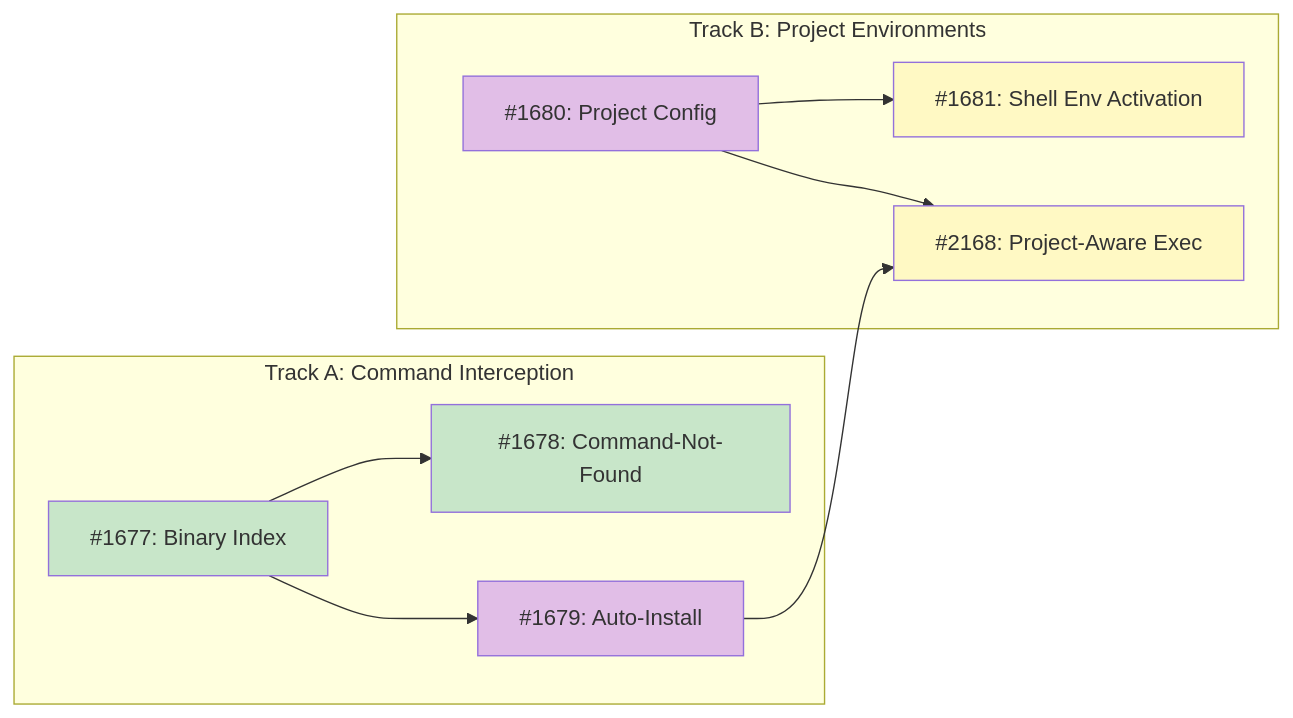
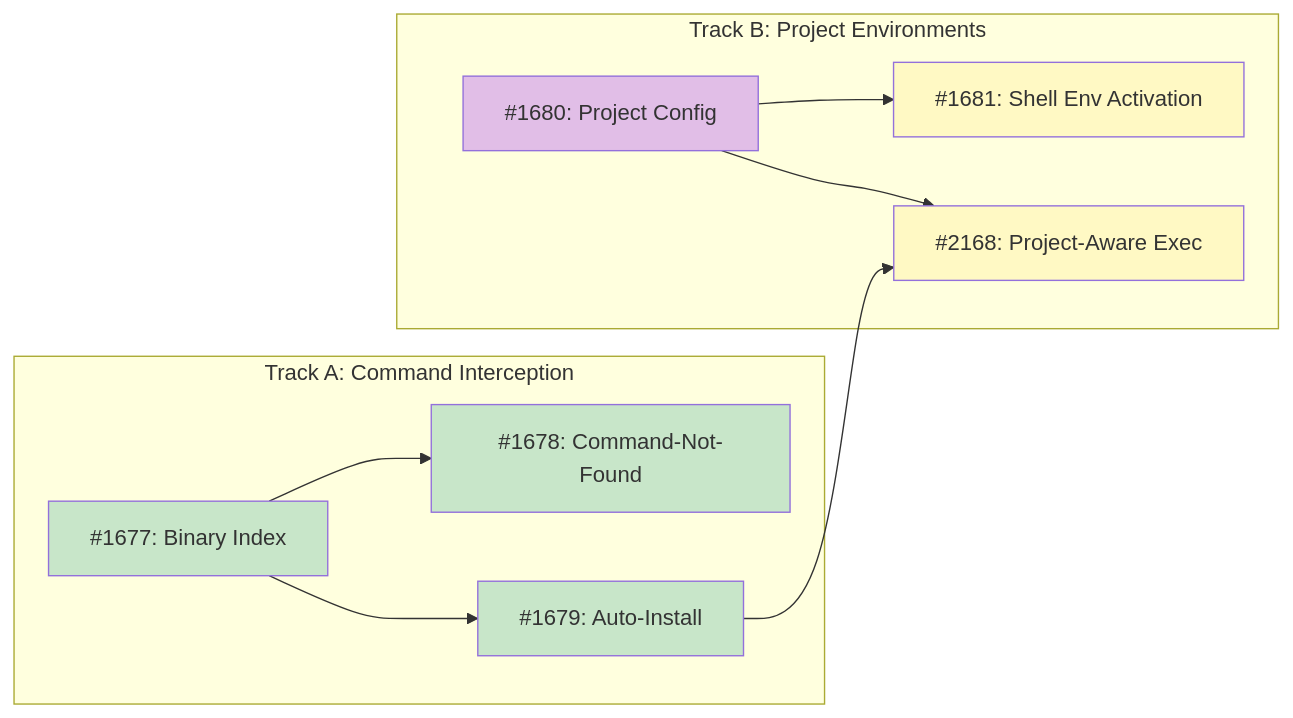
One commit to tsukumogami/tsuku changed the diagram in docs/designs/DESIGN-shell-integration-building-blocks.md. Above: the diagram before and after it, drawn with Mermaid. The commit also changed other lines of this file, not shown here.

Commit message:
docs(design): mark #1679 (auto-install) as done in parent design

````diff
--- a/docs/designs/DESIGN-shell-integration-building-blocks.md
+++ b/docs/designs/DESIGN-shell-integration-building-blocks.md
@@ -38,31 +38,31 @@
 ```mermaid
 graph LR
     subgraph TrackA["Track A: Command Interception"]
         I1677["#1677: Binary Index"]
         I1678["#1678: Command-Not-Found"]
         I1679["#1679: Auto-Install"]
     end
 
     subgraph TrackB["Track B: Project Environments"]
         I1680["#1680: Project Config"]
         I1681["#1681: Shell Env Activation"]
         I2168["#2168: Project-Aware Exec"]
     end
 
     I1677 --> I1678
     I1677 --> I1679
     I1680 --> I1681
     I1679 --> I2168
     I1680 --> I2168
 
     classDef done fill:#c8e6c9
     classDef ready fill:#bbdefb
     classDef blocked fill:#fff9c4
     classDef needsDesign fill:#e1bee7
 
     class I1677 done
     class I1680 needsDesign
     class I1678 done
-    class I1679 needsDesign
+    class I1679 done
     class I1681,I2168 blocked
 ```
````
